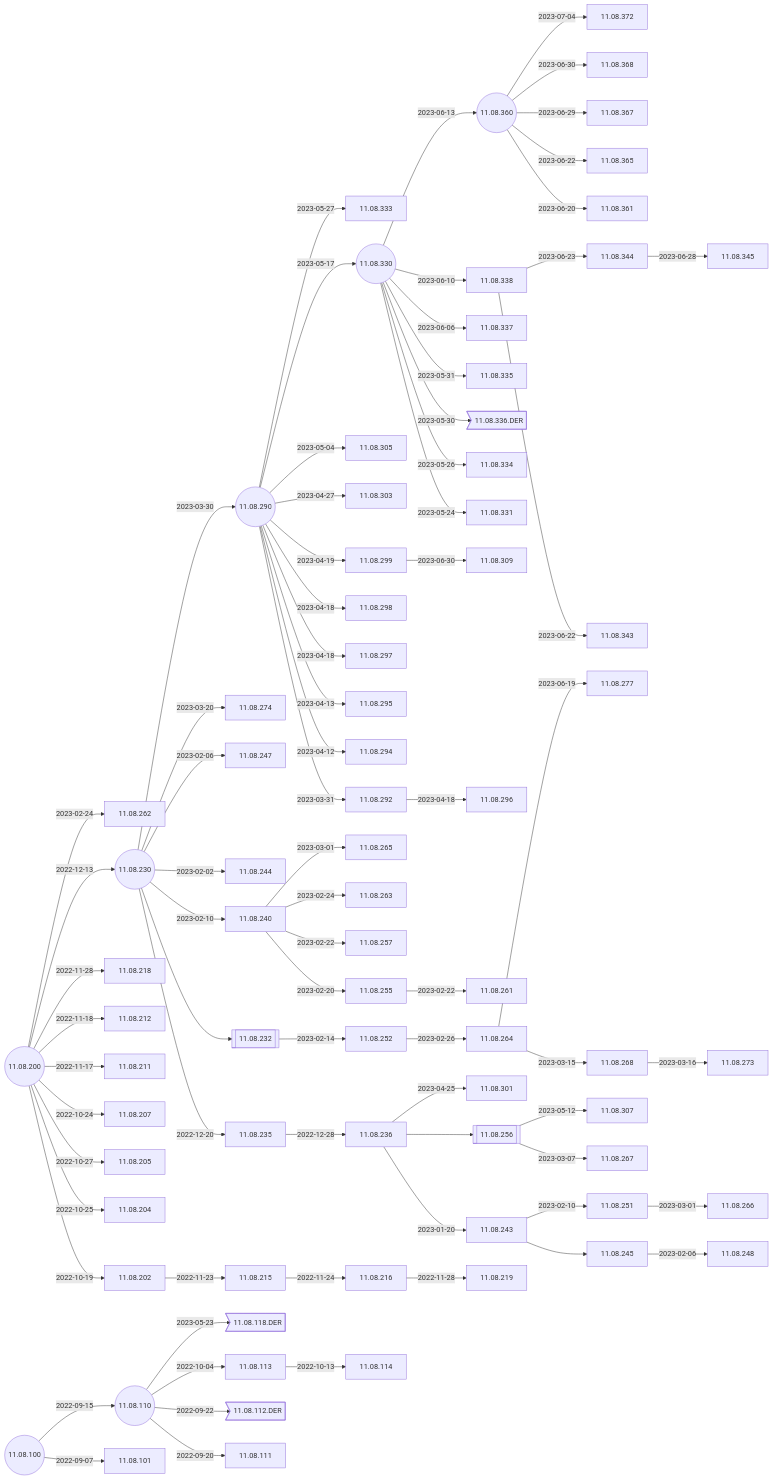
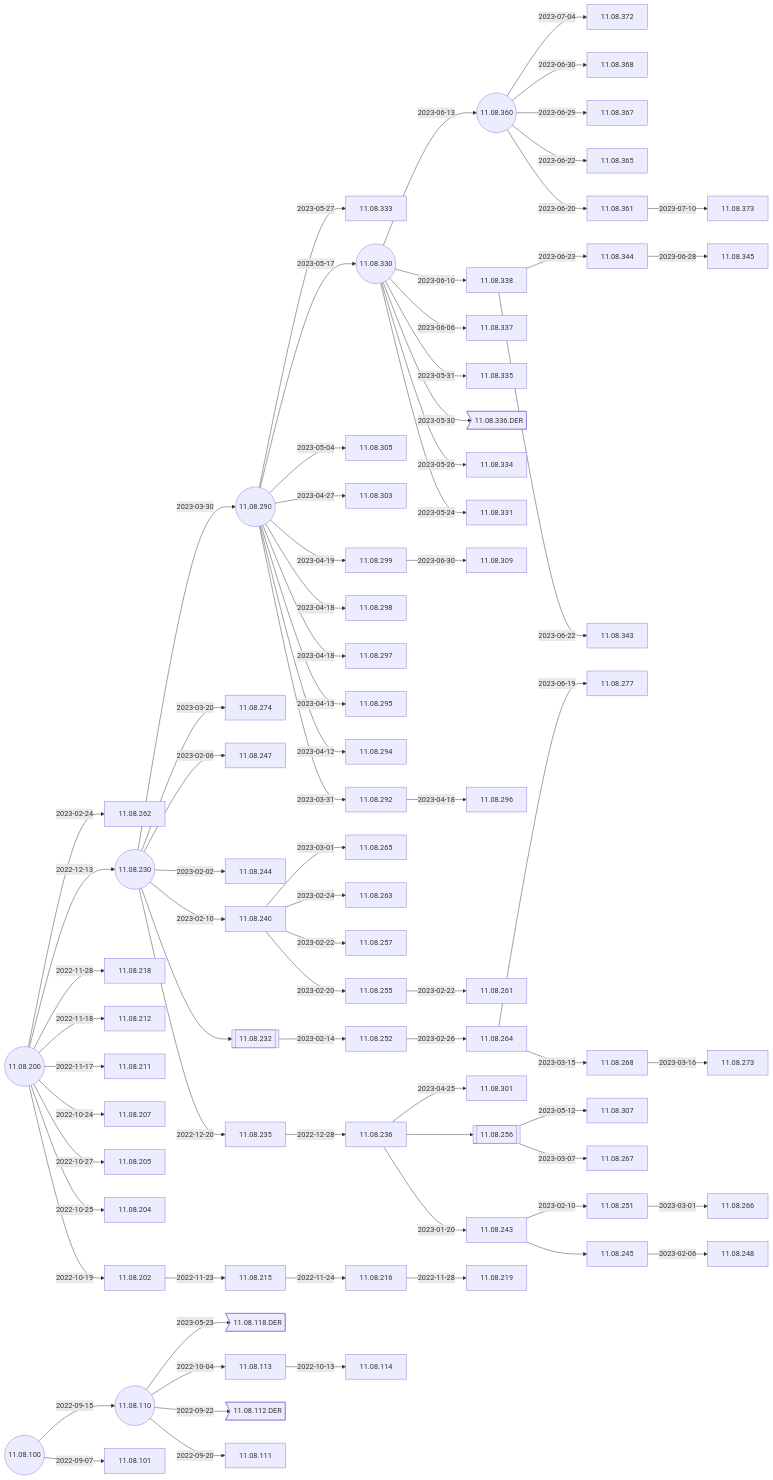
Before and after one commit to IGEL-Community/IGEL-Docs-v02: the second of 4 diagrams in docs/Docs/ReleaseNotes/01-OS11/README.md, drawn with Mermaid. The commit also changed 1 other file, not shown here.

Commit message:
11.08.373 < 11.08.361

````diff
--- a/docs/Docs/ReleaseNotes/01-OS11/README.md
+++ b/docs/Docs/ReleaseNotes/01-OS11/README.md
@@ -39,5 +39,6 @@
 ```mermaid
 flowchart LR
+    11.08.361-- 2023-07-10 -->11.08.373
     11.08.360-- 2023-07-04 -->11.08.372
     11.08.299-- 2023-06-30 -->11.08.309
     11.08.360-- 2023-06-30 -->11.08.368
@@ -95,6 +96,7 @@
     11.08.110((11.08.110))-- 2022-09-22 -->11.08.112.DER>11.08.112.DER]
     11.08.100-- 2022-09-15 -->11.08.110-- 2022-09-20 -->11.08.111
     11.08.100((11.08.100))-- 2022-09-07 -->11.08.101
+    click 11.08.373 "https://github.com/IGEL-Community/IGEL-Docs-v02/tree/main/docs/Docs/ReleaseNotes/01-OS11/readme11.08.373.txt" _blank
     click 11.08.372 "https://github.com/IGEL-Community/IGEL-Docs-v02/tree/main/docs/Docs/ReleaseNotes/01-OS11/readme11.08.372.txt" _blank
     click 11.08.309 "https://github.com/IGEL-Community/IGEL-Docs-v02/tree/main/docs/Docs/ReleaseNotes/01-OS11/readme11.08.309.txt" _blank
     click 11.08.368 "https://github.com/IGEL-Community/IGEL-Docs-v02/tree/main/docs/Docs/ReleaseNotes/01-OS11/readme11.08.368.txt" _blank
````
